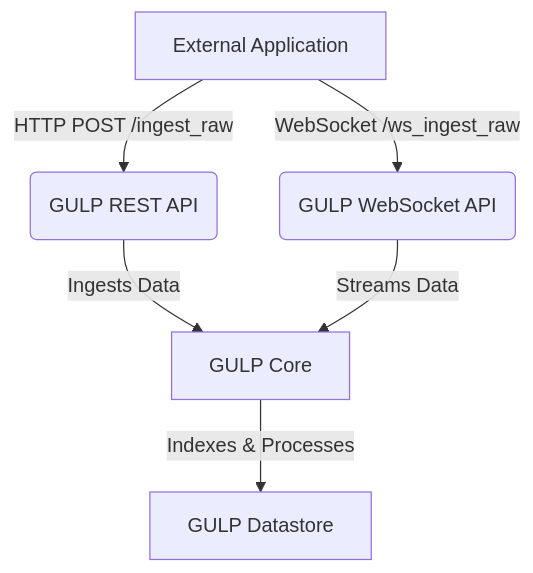
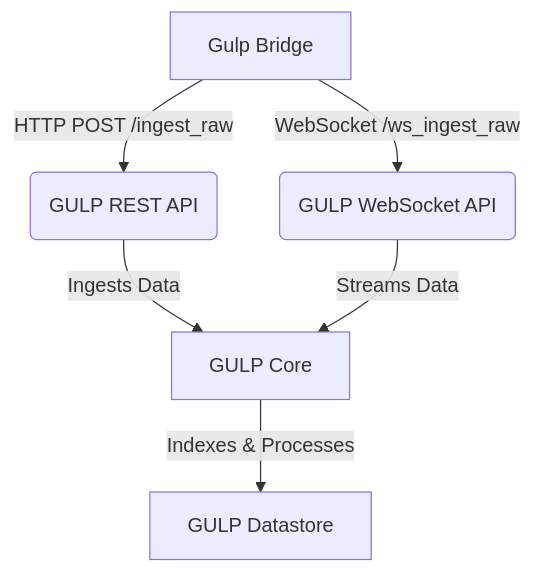
One commit to mentat-is/gulp changed the diagram in docs/integration.md. Above: the diagram before and after it, drawn with Mermaid. The commit also changed other lines of this file and 1 other file, not shown here.

````diff
--- a/docs/integration.md
+++ b/docs/integration.md
@@ -32,8 +38,8 @@
 ```mermaid
 graph TD
-    A[External Application] -- HTTP POST /ingest_raw --> B(GULP REST API)
+    A[Gulp Bridge] -- HTTP POST /ingest_raw --> B(GULP REST API)
     A -- WebSocket /ws_ingest_raw --> C(GULP WebSocket API)
     B -- Ingests Data --> D[GULP Core]
     C -- Streams Data --> D
     D -- Indexes & Processes --> E[GULP Datastore]
 ```
````
